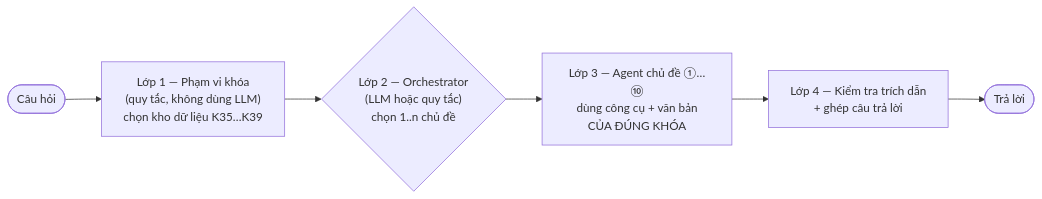
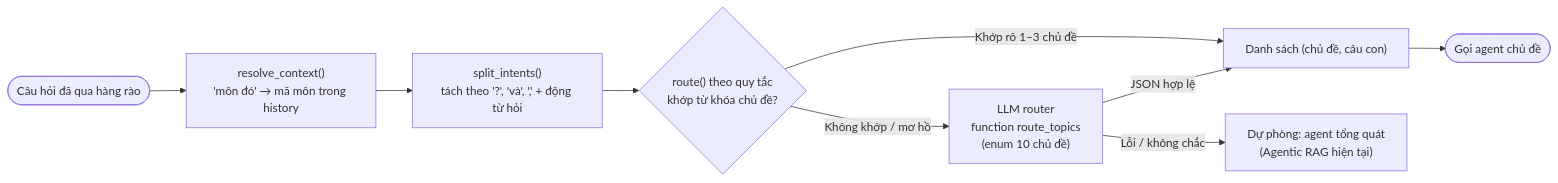
Before and after one commit to NammBinz/agentic-rag: the sixth of 6 diagrams in docs/AGENT_ROUTING.md, drawn with Mermaid. The commit also changed other lines of this file, not shown here.

First line of the commit message:
docs: adopt topic-agent routing and detail implementation per step

````diff
--- a/docs/AGENT_ROUTING.md
+++ b/docs/AGENT_ROUTING.md
@@ -215,8 +261,11 @@
 ```mermaid
 flowchart LR
-    Q(["Câu hỏi"]) --> K["Lớp 1 — Phạm vi khóa<br/>(quy tắc, không dùng LLM)<br/>chọn kho dữ liệu K35…K39"]
-    K --> O{"Lớp 2 — Orchestrator<br/>(LLM hoặc quy tắc)<br/>chọn 1..n chủ đề"}
-    O --> S["Lớp 3 — Agent chủ đề ①…⑩<br/>dùng công cụ + văn bản<br/>CỦA ĐÚNG KHÓA"]
-    S --> C["Lớp 4 — Kiểm tra trích dẫn<br/>+ ghép câu trả lời"]
-    C --> R(["Trả lời"])
+    Q(["Câu hỏi đã qua hàng rào"]) --> C1["resolve_context()<br/>'môn đó' → mã môn trong history"]
+    C1 --> C2["split_intents()<br/>tách theo '?', 'và', ',' + động từ hỏi"]
+    C2 --> C3{"route() theo quy tắc<br/>khớp từ khóa chủ đề?"}
+    C3 -- "Khớp rõ 1–3 chủ đề" --> OK["Danh sách (chủ đề, câu con)"]
+    C3 -- "Không khớp / mơ hồ" --> LLM["LLM router<br/>function route_topics<br/>(enum 10 chủ đề)"]
+    LLM -- "JSON hợp lệ" --> OK
+    LLM -- "Lỗi / không chắc" --> FB["Dự phòng: agent tổng quát<br/>(Agentic RAG hiện tại)"]
+    OK --> RUN(["Gọi agent chủ đề"])
 ```
````
